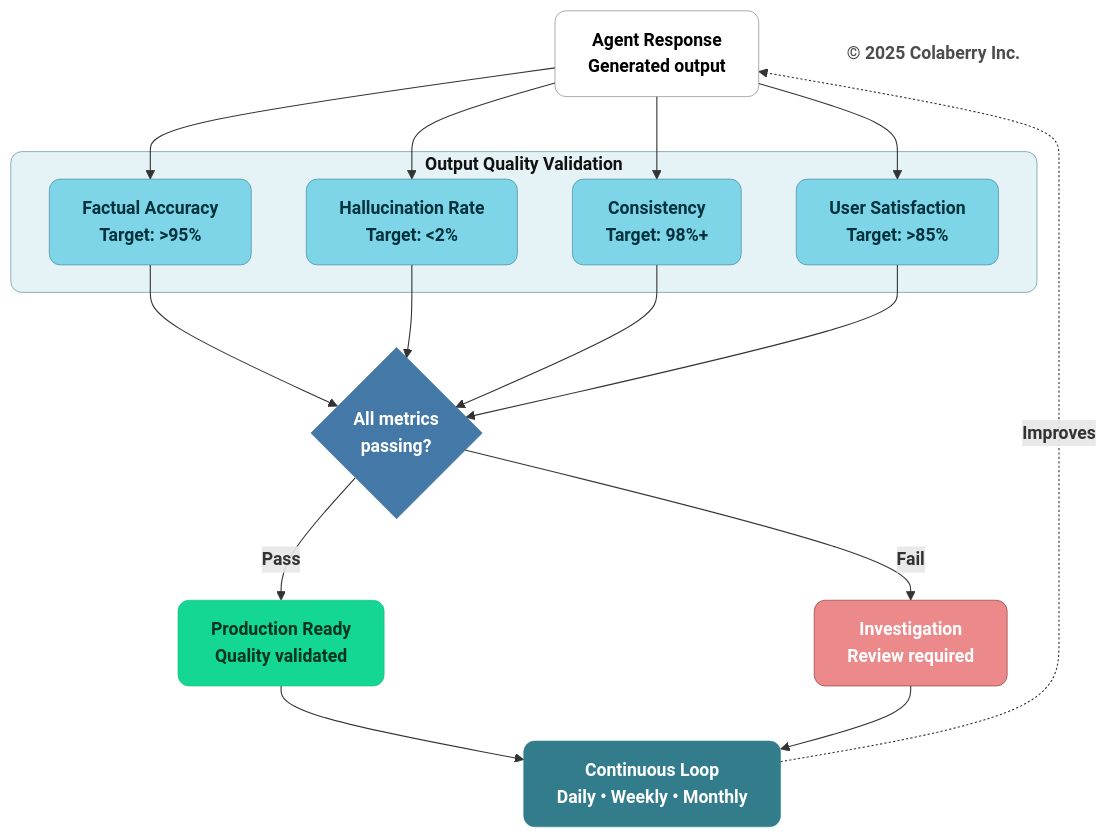
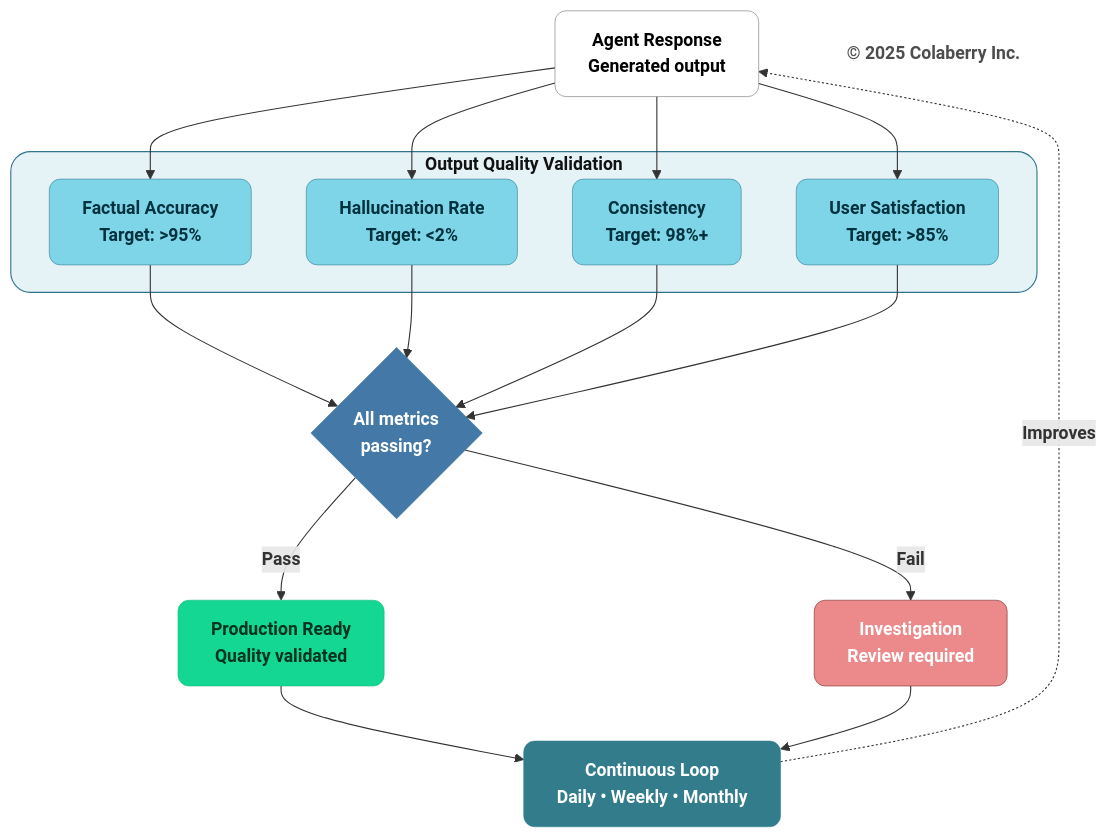
The eighth of 14 diagrams in manuscript/08_chapter_7_goals_framework.md (saitejesh-cyber/trust-before-intelligence-book), drawn with Mermaid before and after one commit. The commit also changed other lines of this file and 12 other files, not shown here.

````diff
--- a/manuscript/08_chapter_7_goals_framework.md
+++ b/manuscript/08_chapter_7_goals_framework.md
@@ -853,49 +853,49 @@
 ```mermaid
 graph TB
     AGENT["<b>Agent Response</b><br/><b>Generated output</b>"]
     
     subgraph METRICS["<b>Output Quality Validation</b>"]
         M1["<b>Factual Accuracy</b><br/><b>Target: >95%</b>"]
         M2["<b>Hallucination Rate</b><br/><b>Target: <2%</b>"]
         M3["<b>Consistency</b><br/><b>Target: 98%+</b>"]
         M4["<b>User Satisfaction</b><br/><b>Target: >85%</b>"]
     end
     
     VALIDATE{<b>All metrics<br/>passing?</b>}
     
     PASS["<b>Production Ready</b><br/><b>Quality validated</b>"]
     FAIL["<b>Investigation</b><br/><b>Review required</b>"]
     
     FEEDBACK["<b>Continuous Loop</b><br/><b>Daily • Weekly • Monthly</b>"]
     
     AGENT --> M1
     AGENT --> M2
     AGENT --> M3
     AGENT --> M4
     
     M1 --> VALIDATE
     M2 --> VALIDATE
     M3 --> VALIDATE
     M4 --> VALIDATE
     
     VALIDATE -->|<b>Pass</b>| PASS
     VALIDATE -->|<b>Fail</b>| FAIL
     
     PASS --> FEEDBACK
     FAIL --> FEEDBACK
     FEEDBACK -.->|<b>Improves</b>| AGENT
     
     style AGENT fill:#ffffff,stroke:#666666,stroke-width:0.5px,color:#000000,rx:10,ry:10
-    style METRICS fill:#E6F3F6,stroke:#32738C,stroke-width:0.5px,color:#121212,rx:10,ry:10
+    style METRICS fill:#E6F3F6,stroke:#32738C,stroke-width:1px,color:#121212,rx:18,ry:18
     style M1 fill:#7FD5E8,stroke:#32738C,stroke-width:0.5px,color:#00323D,rx:10,ry:10
     style M2 fill:#7FD5E8,stroke:#32738C,stroke-width:0.5px,color:#00323D,rx:10,ry:10
     style M3 fill:#7FD5E8,stroke:#32738C,stroke-width:0.5px,color:#00323D,rx:10,ry:10
     style M4 fill:#7FD5E8,stroke:#32738C,stroke-width:0.5px,color:#00323D,rx:10,ry:10
     style VALIDATE fill:#4478A6,stroke:#32738C,stroke-width:0.5px,color:#ffffff,rx:10,ry:10
     style PASS fill:#14D793,stroke:#0FB67D,stroke-width:0.5px,color:#003322,rx:10,ry:10
     style FAIL fill:#EB898B,stroke:#7A1F22,stroke-width:0.5px,color:#ffffff,rx:10,ry:10
     style FEEDBACK fill:#327C8C,stroke:#30838C,stroke-width:0.5px,color:#ffffff,rx:10,ry:10
     
     Copyright["<b>© 2025 Colaberry Inc.</b>"]
     style Copyright fill:none,stroke:none,color:#4d4d4d
 ```
````
